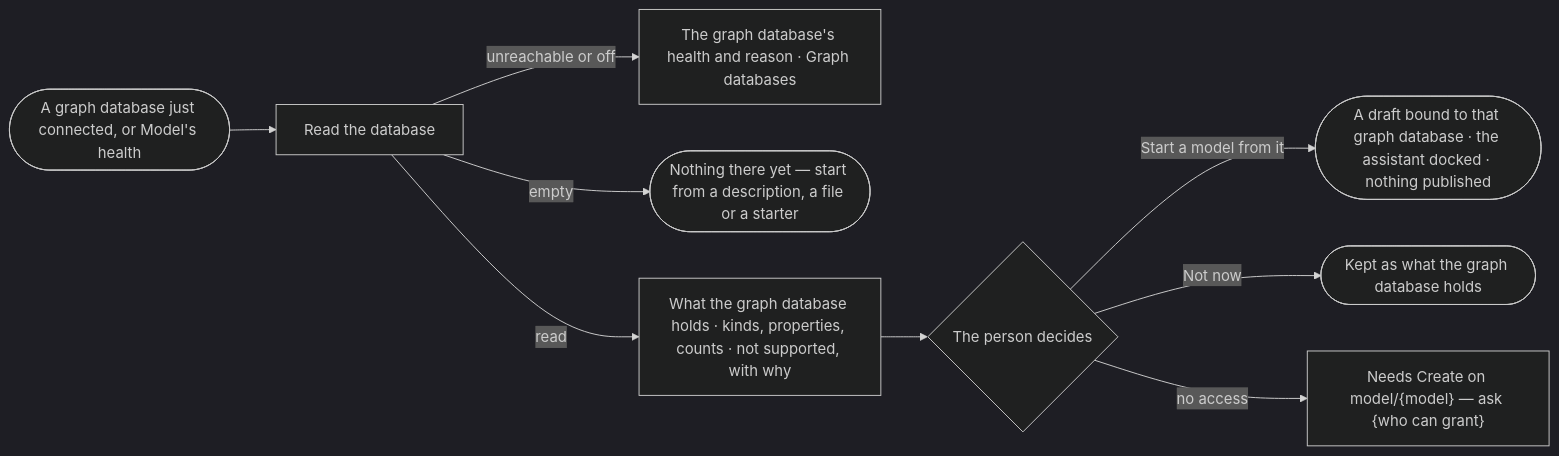
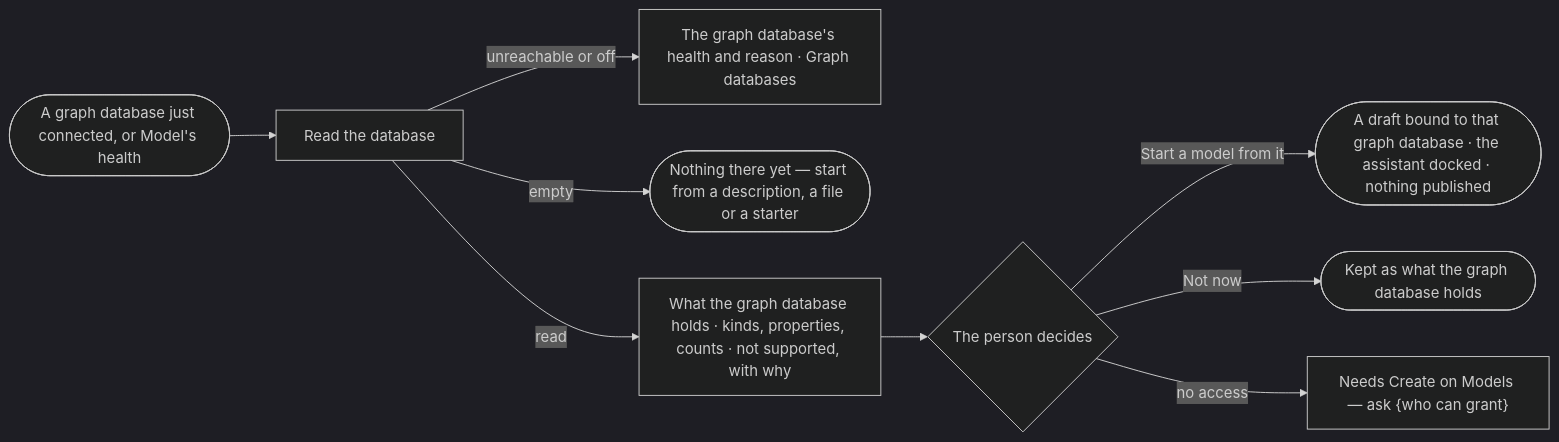
One commit to invana/invana changed the diagram in specs/capabilities/semantics/features/SE-F01-start-a-model/stories/SE-04-draft-a-model-from-the-database/story.md. Above: the diagram before and after it, drawn with Mermaid (dark theme). The commit also changed other lines of this file and 127 other files, not shown here.

````diff
--- a/specs/capabilities/semantics/features/SE-F01-start-a-model/stories/SE-04-draft-a-model-from-the-database/story.md
+++ b/specs/capabilities/semantics/features/SE-F01-start-a-model/stories/SE-04-draft-a-model-from-the-database/story.md
@@ -26,11 +26,11 @@
 ```mermaid
 flowchart LR
   a([A graph database just connected, or Model's health]) --> r["Read the database"]
   r -->|unreachable or off| u["The graph database's health and reason · Graph databases"]
   r -->|empty| e(["Nothing there yet — start from a description, a file or a starter"])
   r -->|read| m["What the graph database holds · kinds, properties, counts · not supported, with why"]
   m --> d{The person decides}
   d -->|Start a model from it| dr(["A draft bound to that graph database · the assistant docked · nothing published"])
   d -->|Not now| k(["Kept as what the graph database holds"])
-  d -->|no access| na["Needs Create on model/{model} — ask {who can grant}"]
+  d -->|no access| na["Needs Create on Models — ask {who can grant}"]
 ```
````
